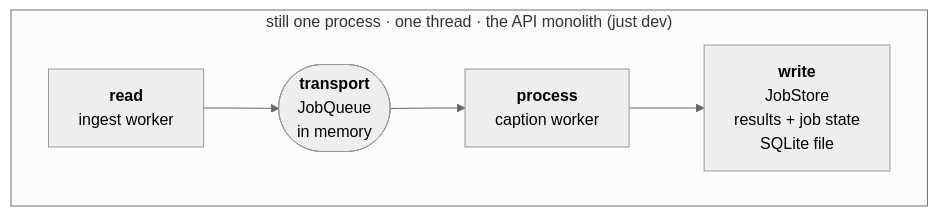
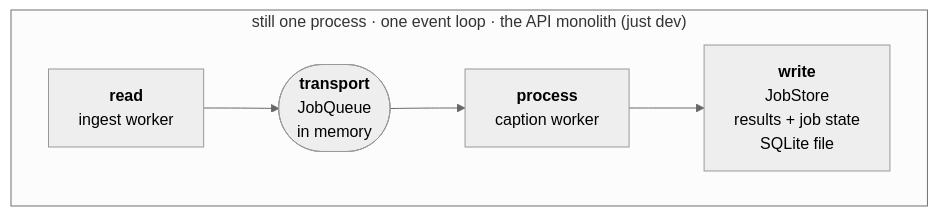
The second of 4 diagrams in docs/ladder.md (shoham-b/backseat-driver), drawn with Mermaid (neutral theme) before and after one commit. The commit also changed 44 other files, not shown here.

````diff
--- a/docs/ladder.md
+++ b/docs/ladder.md
@@ -35,7 +35,7 @@
 ```mermaid
 flowchart LR
-    subgraph proc["still one process · one thread · the API monolith (just dev)"]
+    subgraph proc["still one process · one event loop · the API monolith (just dev)"]
         direction LR
         R["<b>read</b><br/>ingest worker"] --> Q(["<b>transport</b><br/>JobQueue<br/>in memory"]) --> P["<b>process</b><br/>caption worker"] --> W["<b>write</b><br/>JobStore<br/>results + job state<br/>SQLite file"]
     end
 ```
````
